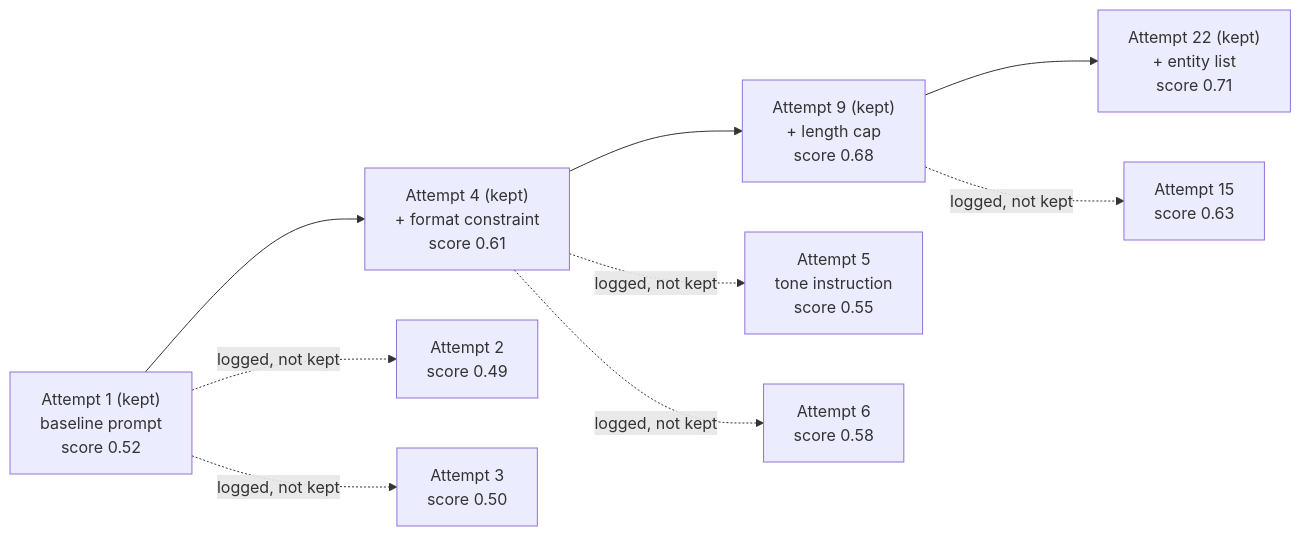
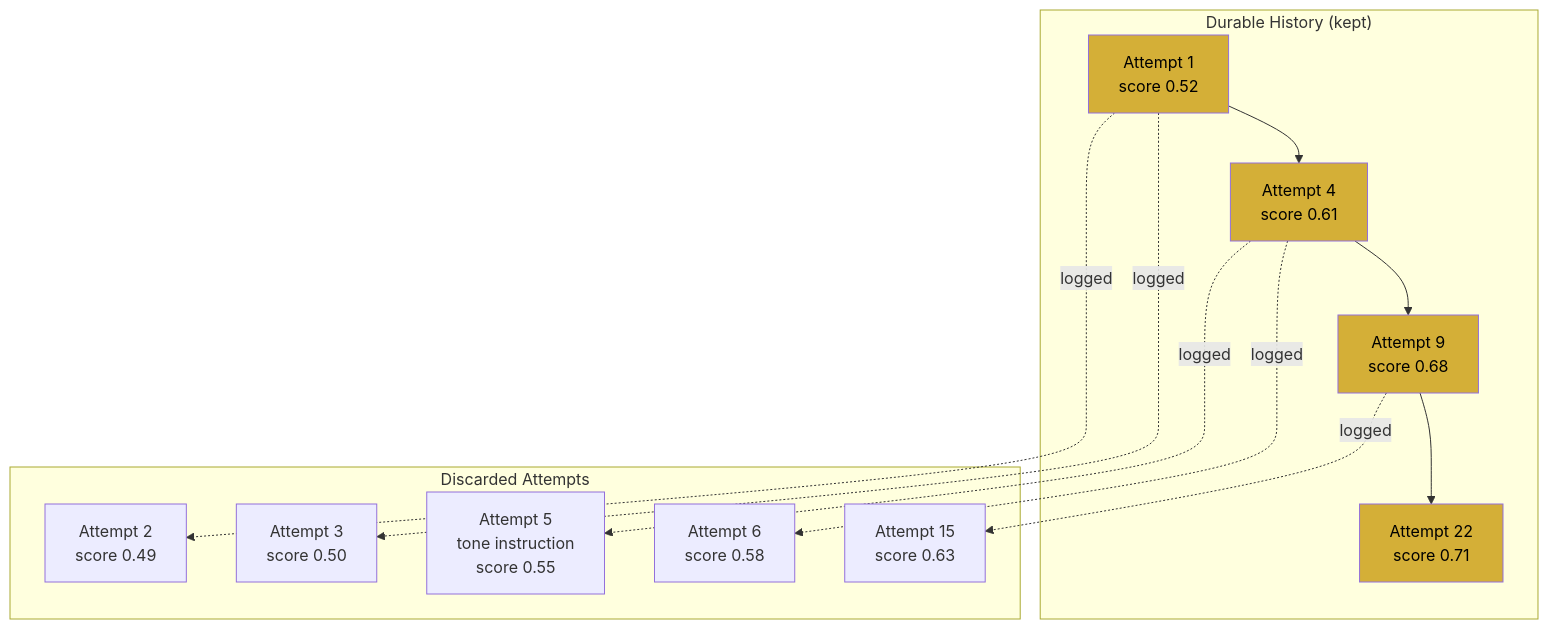
The diagram in docs/04-part-2-the-dag-of-work/step-4-recording-attempts-without-losing-the-trail.md (ayeshakhalid192007-dev/graph-engineering-crash-course), drawn with Mermaid before and after one commit. The commit also changed other lines of this file and 17 other files, not shown here.

First line of the commit message:
Add Mermaid diagrams to core documentation files

````diff
--- a/docs/04-part-2-the-dag-of-work/step-4-recording-attempts-without-losing-the-trail.md
+++ b/docs/04-part-2-the-dag-of-work/step-4-recording-attempts-without-losing-the-trail.md
@@ -43,11 +43,28 @@
 ```mermaid
-flowchart LR
-    A["Attempt 1 (kept)<br/>baseline prompt<br/>score 0.52"] --> B["Attempt 4 (kept)<br/>+ format constraint<br/>score 0.61"]
-    B --> C["Attempt 9 (kept)<br/>+ length cap<br/>score 0.68"]
-    C --> D["Attempt 22 (kept)<br/>+ entity list<br/>score 0.71"]
-    A -. "logged, not kept" .-> A2["Attempt 2<br/>score 0.49"]
-    A -. "logged, not kept" .-> A3["Attempt 3<br/>score 0.50"]
-    B -. "logged, not kept" .-> B2["Attempt 5<br/>tone instruction<br/>score 0.55"]
-    B -. "logged, not kept" .-> B3["Attempt 6<br/>score 0.58"]
-    C -. "logged, not kept" .-> C2["Attempt 15<br/>score 0.63"]
+flowchart TB
+    subgraph "Durable History (kept)"
+        A["Attempt 1<br/>score 0.52"]
+        B["Attempt 4<br/>score 0.61"]
+        C["Attempt 9<br/>score 0.68"]
+        D["Attempt 22<br/>score 0.71"]
+        A --> B --> C --> D
+        style A fill:#D4AF37,color:#000000
+        style B fill:#D4AF37,color:#000000
+        style C fill:#D4AF37,color:#000000
+        style D fill:#D4AF37,color:#000000
+    end
+
+    subgraph "Discarded Attempts"
+        A2["Attempt 2<br/>score 0.49"]
+        A3["Attempt 3<br/>score 0.50"]
+        B2["Attempt 5<br/>tone instruction<br/>score 0.55"]
+        B3["Attempt 6<br/>score 0.58"]
+        C2["Attempt 15<br/>score 0.63"]
+    end
+
+    A -. "logged" .-> A2
+    A -. "logged" .-> A3
+    B -. "logged" .-> B2
+    B -. "logged" .-> B3
+    C -. "logged" .-> C2
 ```
````
